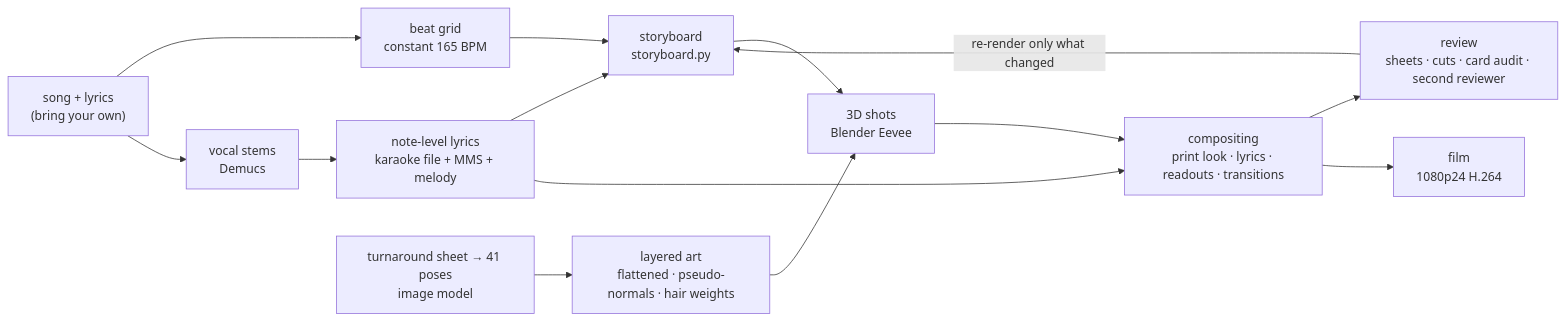
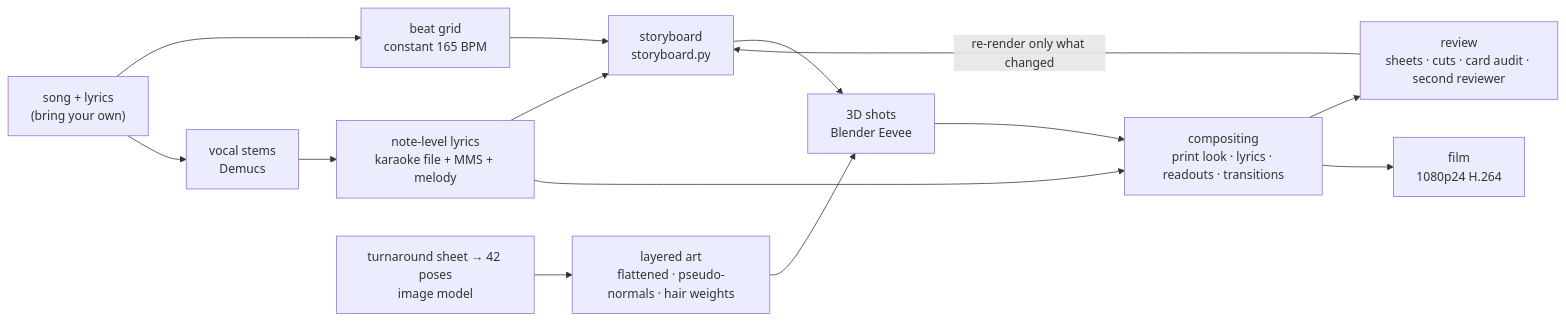
The diagram in README.en.md (RepressedAlliance/MeltDown), drawn with Mermaid before and after one commit. The commit also changed other lines of this file and 17 other files, not shown here.

````diff
--- a/README.en.md
+++ b/README.en.md
@@ -101,16 +101,16 @@
 ```mermaid
 flowchart LR
   A["song + lyrics<br/>(bring your own)"] --> B["beat grid<br/>constant 165 BPM"]
   A --> C["vocal stems<br/>Demucs"]
   C --> D["note-level lyrics<br/>karaoke file + MMS + melody"]
-  E["turnaround sheet → 41 poses<br/>image model"] --> F["layered art<br/>flattened · pseudo-normals · hair weights"]
+  E["turnaround sheet → 42 poses<br/>image model"] --> F["layered art<br/>flattened · pseudo-normals · hair weights"]
   B --> G["storyboard<br/>storyboard.py"]
   D --> G
   G --> H["3D shots<br/>Blender Eevee"]
   F --> H
   H --> I["compositing<br/>print look · lyrics · readouts · transitions"]
   D --> I
   I --> J["review<br/>sheets · cuts · card audit · second reviewer"]
   J -- "re-render only what changed" --> G
   I --> K["film<br/>1080p24 H.264"]
 ```
````
